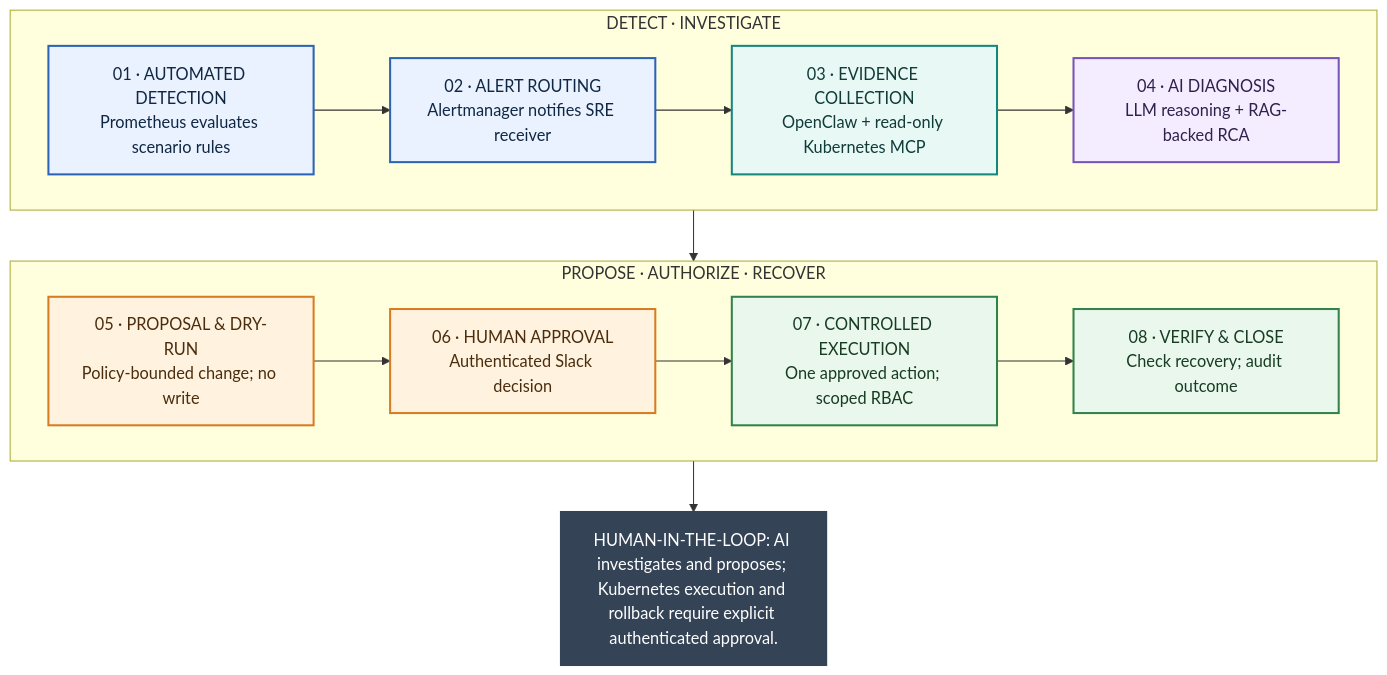
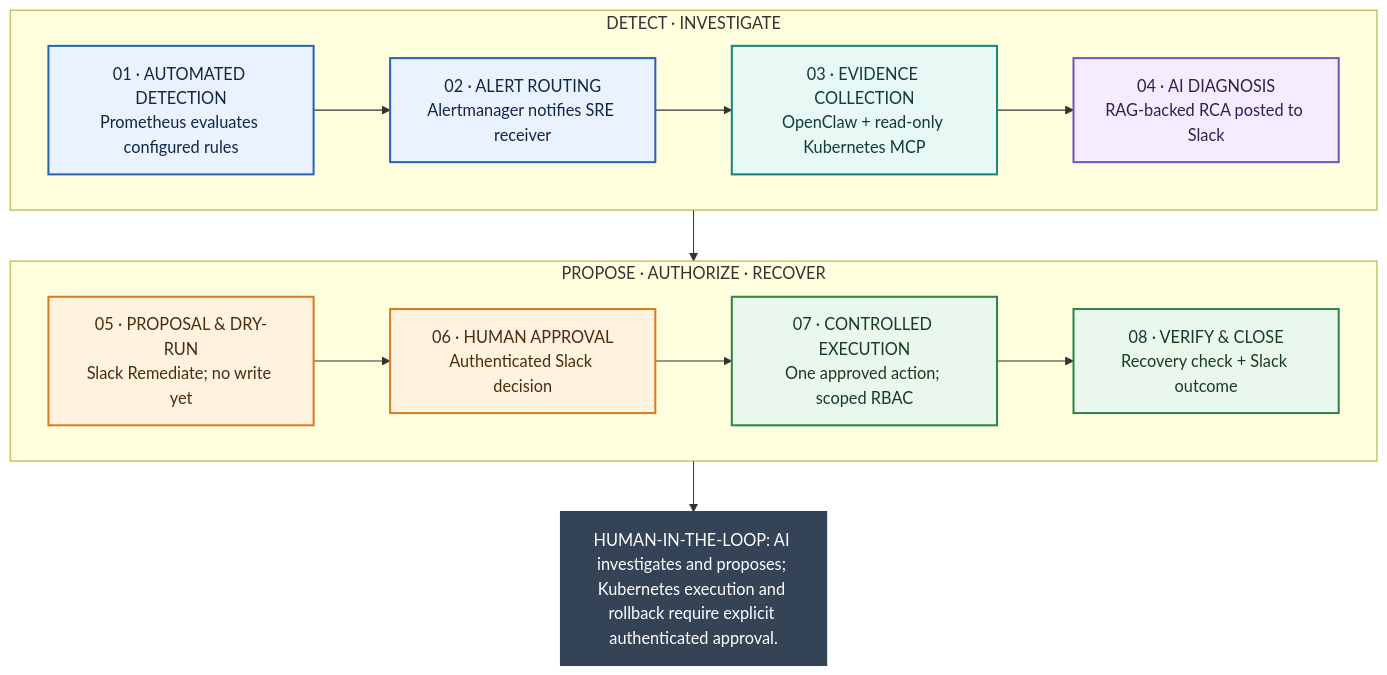
One commit to karthikrags/ai-driven-sre-agent-showcase changed the diagram in docs/architecture/incident-response-flow.mmd. Above: the diagram before and after it, drawn with Mermaid. The commit also changed 15 other files, not shown here.

Commit message:
Update public architecture showcase guidance

```diff
--- a/docs/architecture/incident-response-flow.mmd
+++ b/docs/architecture/incident-response-flow.mmd
@@ -1,24 +1,24 @@
 flowchart TB
   subgraph ROW1["DETECT · INVESTIGATE"]
     direction LR
-    S01["01 · AUTOMATED DETECTION<br/>Prometheus evaluates scenario rules"] --> S02["02 · ALERT ROUTING<br/>Alertmanager notifies SRE receiver"] --> S03["03 · EVIDENCE COLLECTION<br/>OpenClaw + read-only Kubernetes MCP"] --> S04["04 · AI DIAGNOSIS<br/>LLM reasoning + RAG-backed RCA"]
+    S01["01 · AUTOMATED DETECTION<br/>Prometheus evaluates configured rules"] --> S02["02 · ALERT ROUTING<br/>Alertmanager notifies SRE receiver"] --> S03["03 · EVIDENCE COLLECTION<br/>OpenClaw + read-only Kubernetes MCP"] --> S04["04 · AI DIAGNOSIS<br/>RAG-backed RCA posted to Slack"]
   end
   S04 --> S05
   subgraph ROW2["PROPOSE · AUTHORIZE · RECOVER"]
     direction LR
-    S05["05 · PROPOSAL & DRY-RUN<br/>Policy-bounded change; no write"] --> S06["06 · HUMAN APPROVAL<br/>Authenticated Slack decision"] --> S07["07 · CONTROLLED EXECUTION<br/>One approved action; scoped RBAC"] --> S08["08 · VERIFY & CLOSE<br/>Check recovery; audit outcome"]
+    S05["05 · PROPOSAL & DRY-RUN<br/>Slack Remediate; no write yet"] --> S06["06 · HUMAN APPROVAL<br/>Authenticated Slack decision"] --> S07["07 · CONTROLLED EXECUTION<br/>One approved action; scoped RBAC"] --> S08["08 · VERIFY & CLOSE<br/>Recovery check + Slack outcome"]
   end
   BANNER["HUMAN-IN-THE-LOOP: AI investigates and proposes; Kubernetes execution and rollback require explicit authenticated approval."]
   S08 --> BANNER
   classDef blue fill:#eaf2ff,stroke:#2b63b5,color:#102744,stroke-width:2px
   classDef teal fill:#e7f8f5,stroke:#17867d,color:#103b38,stroke-width:2px
   classDef purple fill:#f3edff,stroke:#7653bd,color:#30204c,stroke-width:2px
   classDef orange fill:#fff2df,stroke:#d77c20,color:#4b2d0d,stroke-width:2px
   classDef green fill:#e9f7ed,stroke:#31834b,color:#173c22,stroke-width:2px
   classDef gray fill:#344356,stroke:#344356,color:#ffffff,stroke-width:2px
   class S01,S02 blue
   class S03 teal
   class S04 purple
   class S05,S06 orange
   class S07,S08 green
   class BANNER gray
```
